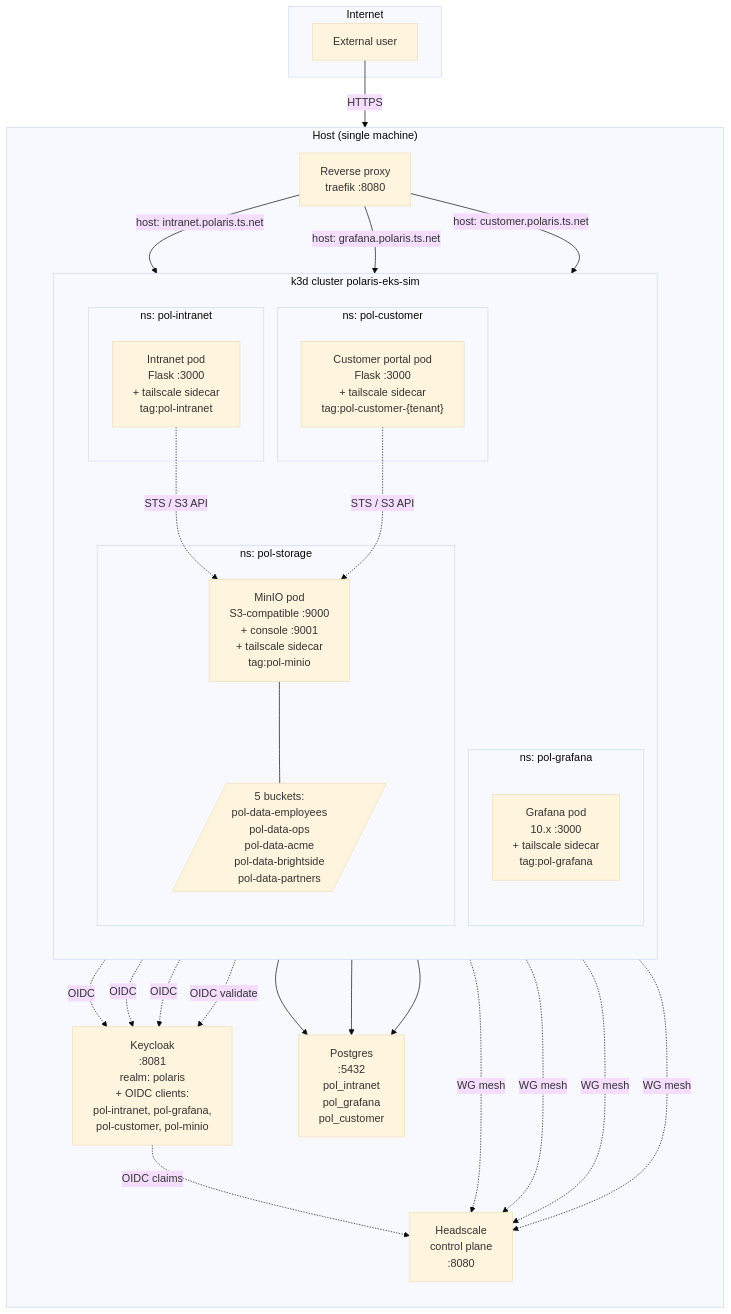
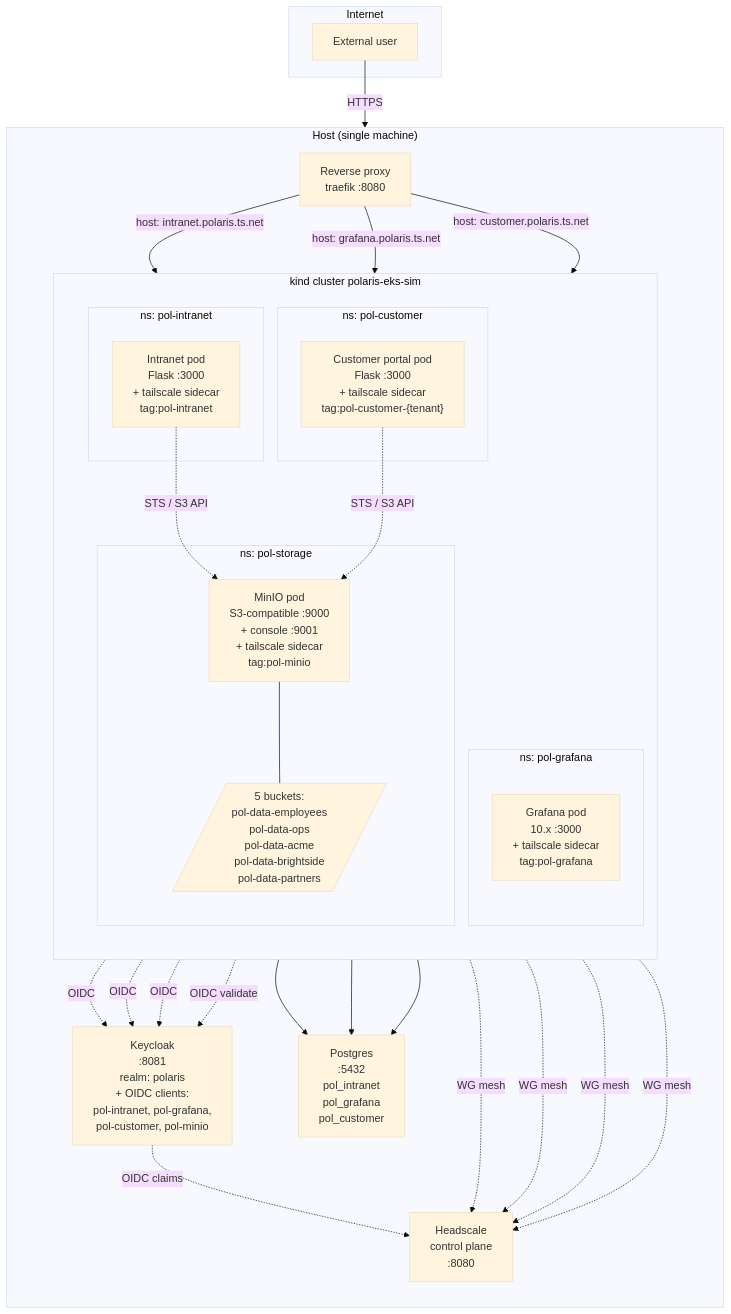
One commit to cmarin78/polaris-poc changed the diagram in docs/diagrams/architecture.mmd. Above: the diagram before and after it, drawn with Mermaid (base theme). The commit also changed 13 other files, not shown here.

```diff
--- a/docs/diagrams/architecture.mmd
+++ b/docs/diagrams/architecture.mmd
@@ -1,62 +1,62 @@
 flowchart TB
     subgraph Internet["Internet"]
         User[External user]
     end
 
     subgraph Host["Host (single machine)"]
         direction TB
 
         Proxy["Reverse proxy<br/>traefik :8080"]
 
-        subgraph K3D["k3d cluster polaris-eks-sim"]
+        subgraph KIND["kind cluster polaris-eks-sim"]
             direction TB
 
             subgraph NS1["ns: pol-intranet"]
                 Intranet["Intranet pod<br/>Flask :3000<br/>+ tailscale sidecar<br/>tag:pol-intranet"]
             end
 
             subgraph NS2["ns: pol-grafana"]
                 Grafana["Grafana pod<br/>10.x :3000<br/>+ tailscale sidecar<br/>tag:pol-grafana"]
             end
 
             subgraph NS3["ns: pol-customer"]
                 Customer["Customer portal pod<br/>Flask :3000<br/>+ tailscale sidecar<br/>tag:pol-customer-{tenant}"]
             end
 
             subgraph NS4["ns: pol-storage"]
                 MinIO["MinIO pod<br/>S3-compatible :9000<br/>+ console :9001<br/>+ tailscale sidecar<br/>tag:pol-minio"]
                 MinIOBuckets[/"5 buckets:<br/>pol-data-employees<br/>pol-data-ops<br/>pol-data-acme<br/>pol-data-brightside<br/>pol-data-partners"/]
             end
         end
 
         Headscale["Headscale<br/>control plane<br/>:8080"]
 
         Keycloak["Keycloak<br/>:8081<br/>realm: polaris<br/>+ OIDC clients:<br/>pol-intranet, pol-grafana,<br/>pol-customer, pol-minio"]
 
         Postgres["Postgres<br/>:5432<br/>pol_intranet<br/>pol_grafana<br/>pol_customer"]
     end
 
     User -->|HTTPS| Proxy
     Proxy -->|host: intranet.polaris.ts.net| Intranet
     Proxy -->|host: grafana.polaris.ts.net| Grafana
     Proxy -->|host: customer.polaris.ts.net| Customer
 
     Intranet -.OIDC.-> Keycloak
     Grafana -.OIDC.-> Keycloak
     Customer -.OIDC.-> Keycloak
 
     Intranet --> Postgres
     Grafana --> Postgres
     Customer --> Postgres
 
     Intranet -.WG mesh.-> Headscale
     Grafana -.WG mesh.-> Headscale
     Customer -.WG mesh.-> Headscale
     MinIO -.WG mesh.-> Headscale
 
     Intranet -.STS / S3 API.-> MinIO
     Customer -.STS / S3 API.-> MinIO
     MinIO -.OIDC validate.-> Keycloak
     MinIO --- MinIOBuckets
 
     Keycloak -.OIDC claims.-> Headscale
```
